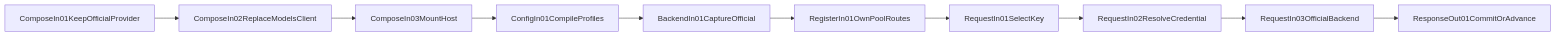
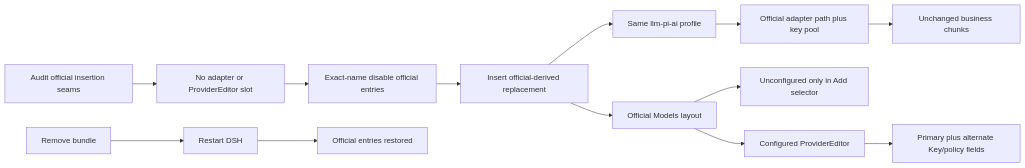
The diagram in dsh-multikey-provider/docs/wiki/index.md (Jasonzhangf/agent-plugins), drawn with Mermaid before and after one commit. The commit also changed other lines of this file and 20 other files, not shown here.

Commit message:
design(multikey): base replacement on official UI

````diff
--- a/dsh-multikey-provider/docs/wiki/index.md
+++ b/dsh-multikey-provider/docs/wiki/index.md
@@ -27,12 +18,15 @@
 ```mermaid
 flowchart LR
-  A[ComposeIn01KeepOfficialProvider] --> B[ComposeIn02ReplaceModelsClient]
-  B --> C[ComposeIn03MountHost]
-  C --> D[ConfigIn01CompileProfiles]
-  D --> E[BackendIn01CaptureOfficial]
-  E --> F[RegisterIn01OwnPoolRoutes]
-  F --> G[RequestIn01SelectKey]
-  G --> H[RequestIn02ResolveCredential]
-  H --> I[RequestIn03OfficialBackend]
-  I --> J[ResponseOut01CommitOrAdvance]
+  Audit[Audit official insertion seams] --> NoSeam[No adapter or ProviderEditor slot]
+  NoSeam --> Disable[Exact-name disable official entries]
+  Disable --> Fork[Insert official-derived replacement]
+  Fork --> Profile[Same llm-pi-ai profile]
+  Profile --> Adapter[Official adapter path plus key pool]
+  Fork --> Models[Official Models layout]
+  Models --> Add[Unconfigured only in Add selector]
+  Models --> Editor[Configured ProviderEditor]
+  Editor --> Keys[Primary plus alternate Key/policy fields]
+  Adapter --> Output[Unchanged business chunks]
+  Remove[Remove bundle] --> Restart[Restart DSH]
+  Restart --> Official[Official entries restored]
 ```
````
